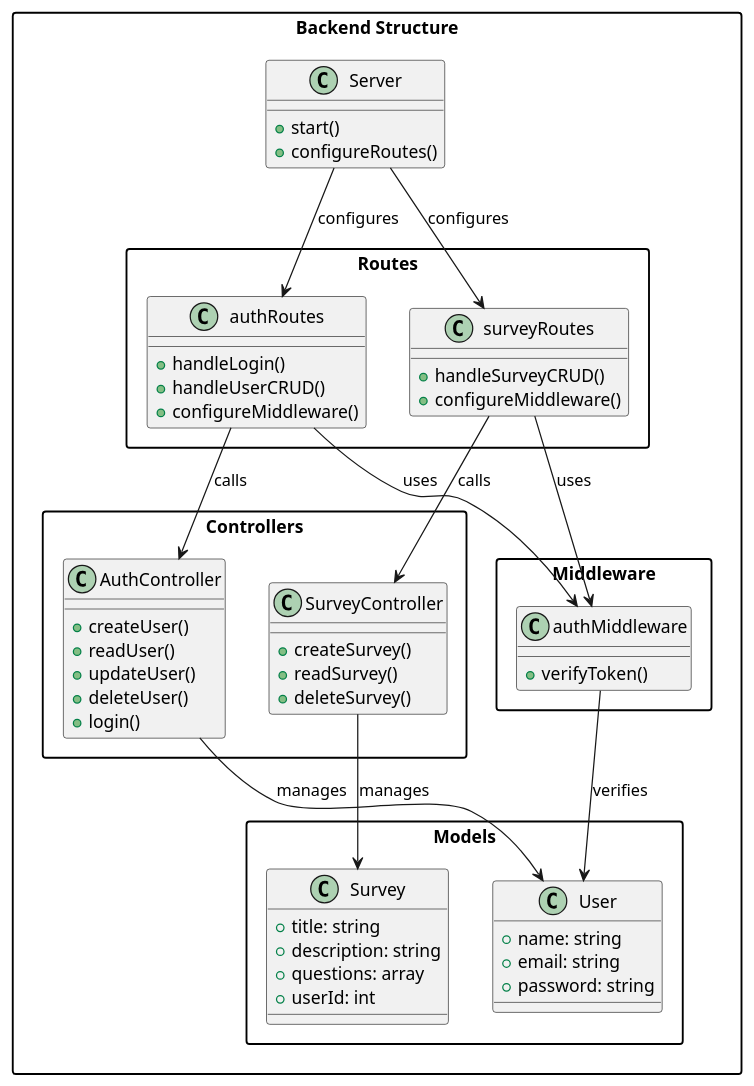
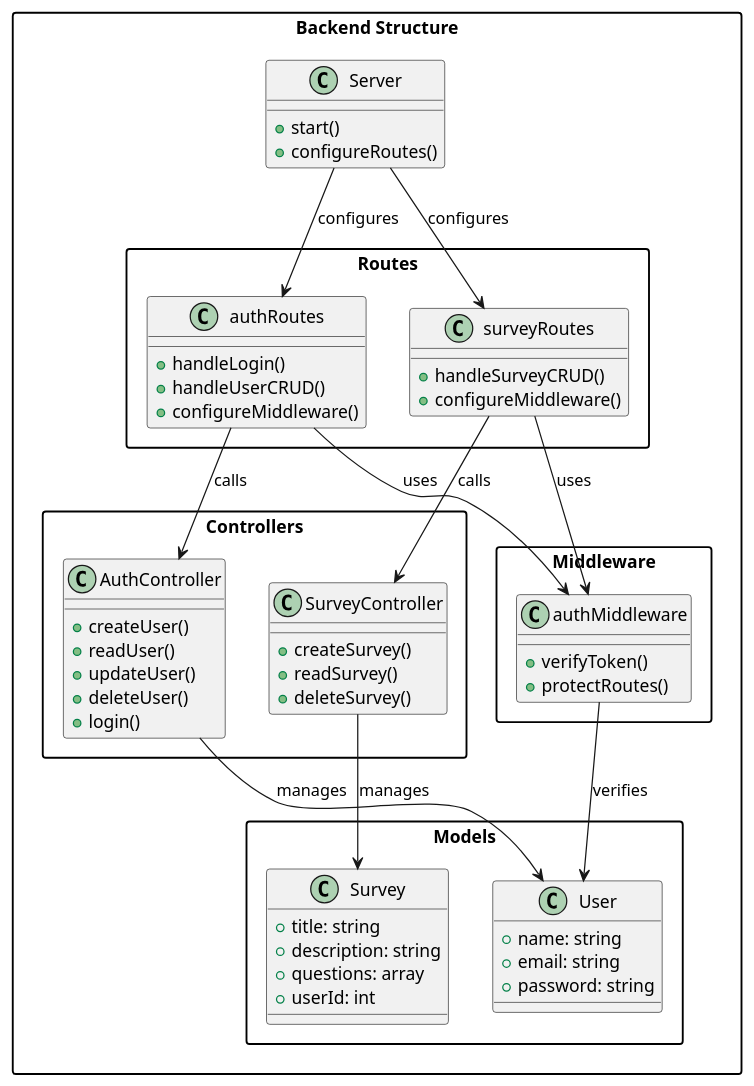
The diagram in diagrams/backendDiagram.plantuml (AlejaandroRubio/sistema_de_calidad_docente), drawn with PlantUML before and after one commit. The commit also changed 1 other file, not shown here.

Commit message:
Cambios de Diagramas

```diff
--- a/diagrams/backendDiagram.plantuml
+++ b/diagrams/backendDiagram.plantuml
@@ -1,67 +1,68 @@
 @startuml
 skinparam packageStyle rect
 
 package "Backend Structure" {
     package "Controllers" {
         class AuthController {
             + createUser()
             + readUser()
             + updateUser()
             + deleteUser()
             + login()
         }
         class SurveyController {
             + createSurvey()
             + readSurvey()
             + deleteSurvey()
         }
     }
 
     package "Middleware" {
         class authMiddleware {
             + verifyToken()
+            + protectRoutes()
         }
     }
 
     package "Models" {
         class User {
             + name: string
             + email: string
             + password: string
         }
         class Survey {
             + title: string
             + description: string
             + questions: array
             + userId: int
         }
     }
 
     package "Routes" {
         class authRoutes {
             + handleLogin()
             + handleUserCRUD()
             + configureMiddleware()
         }
         class surveyRoutes {
             + handleSurveyCRUD()
             + configureMiddleware()
         }
     }
 
     class Server {
         + start()
         + configureRoutes()
     }
 
     authRoutes --> AuthController : "calls"
     surveyRoutes --> SurveyController : "calls"
     Server --> authRoutes : "configures"
     Server --> surveyRoutes : "configures"
     authRoutes -down-> authMiddleware : "uses"
     surveyRoutes -down-> authMiddleware : "uses"
     authMiddleware --> User : "verifies"
     SurveyController --> Survey : "manages"
     AuthController --> User : "manages"
 }
 @enduml
```
